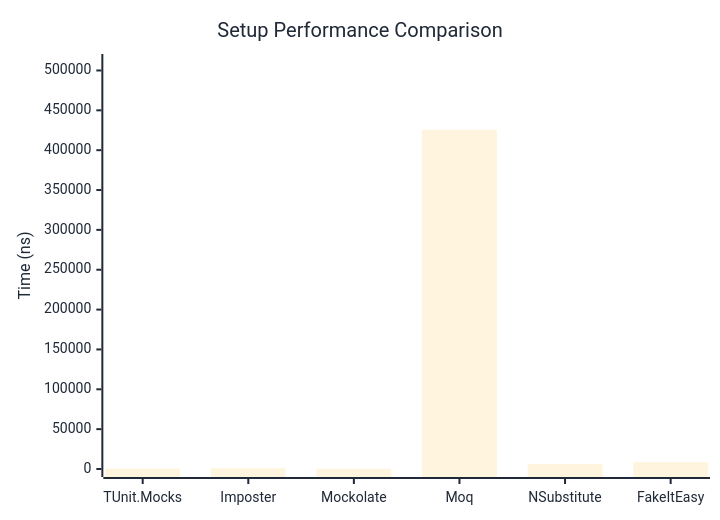
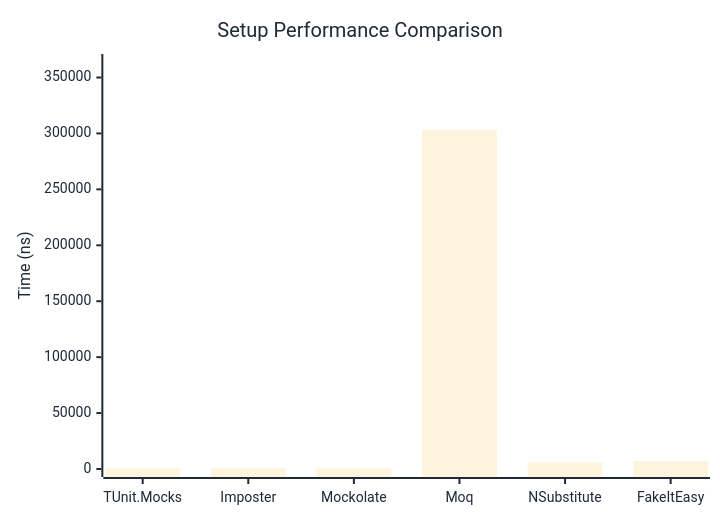
Before and after one commit to thomhurst/TUnit: the first of 2 diagrams in docs/docs/benchmarks/mocks/Setup.md, drawn with Mermaid. The commit also changed other lines of this file and 14 other files, not shown here.

````diff
--- a/docs/docs/benchmarks/mocks/Setup.md
+++ b/docs/docs/benchmarks/mocks/Setup.md
@@ -30,27 +30,27 @@
 ```mermaid
 %%{init: {
   'theme':'base',
   'themeVariables': {
     'primaryColor': '#2563eb',
     'primaryTextColor': '#1f2937',
     'primaryBorderColor': '#1e40af',
     'lineColor': '#6b7280',
     'secondaryColor': '#7c3aed',
     'tertiaryColor': '#dc2626',
     'background': '#ffffff',
     'pie1': '#2563eb',
     'pie2': '#7c3aed',
     'pie3': '#dc2626',
     'pie4': '#f59e0b',
     'pie5': '#10b981',
     'pie6': '#06b6d4',
     'pie7': '#ec4899',
     'pie8': '#6366f1'
   }
 }}%%
 xychart-beta
   title "Setup Performance Comparison"
   x-axis ["TUnit.Mocks", "Imposter", "Mockolate", "Moq", "NSubstitute", "FakeItEasy"]
-  y-axis "Time (ns)" 0 --> 510633
-  bar [566.8, 849.6, 315, 425527.1, 6262.5, 8567.4]
+  y-axis "Time (ns)" 0 --> 363856
+  bar [554.1, 770.6, 580.1, 303213.2, 5838.7, 7087]
 ```
````
